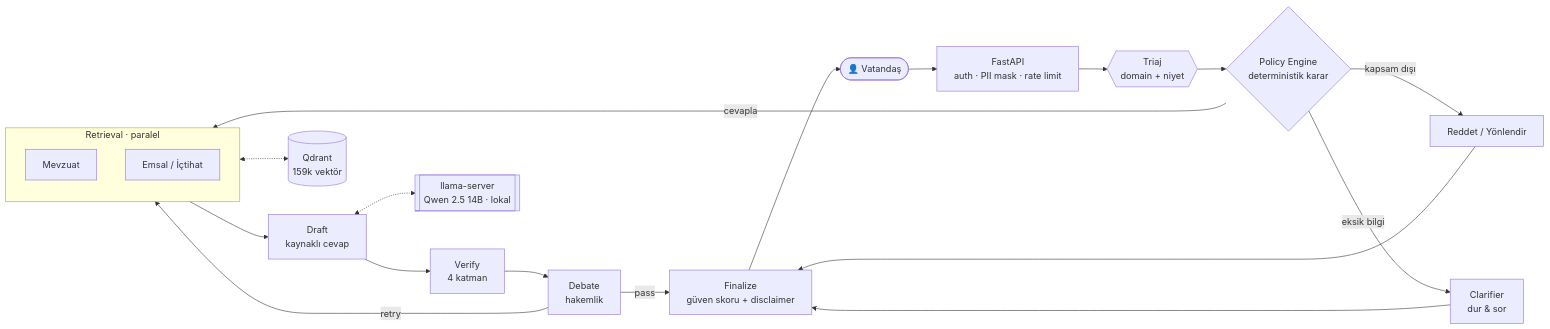
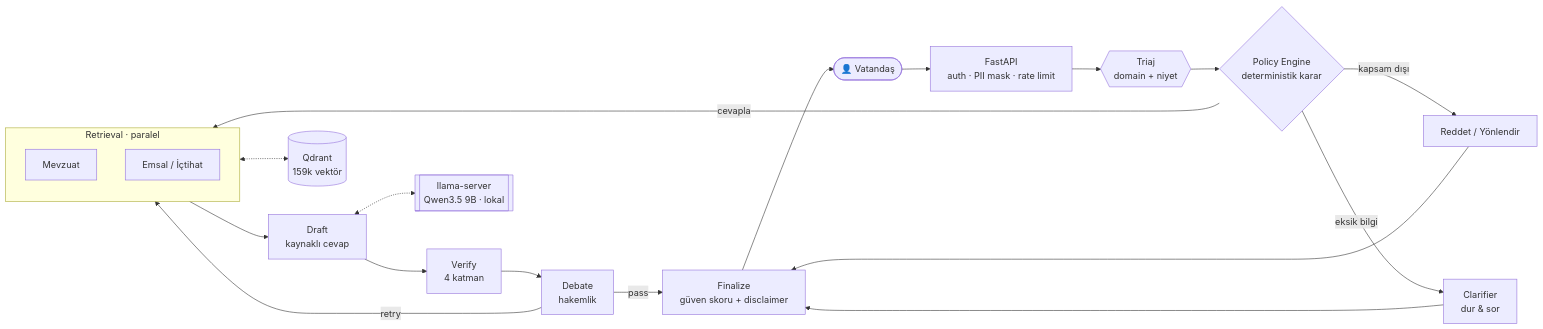
Before and after one commit to cozalss/adalet-agent: the first of 3 diagrams in README.md, drawn with Mermaid. The commit also changed other lines of this file, not shown here.

First line of the commit message:
docs(readme): güncel ölçümler + Qwen3.5-9B + ColBERT/latency kazançları

````diff
--- a/README.md
+++ b/README.md
@@ -76,26 +78,26 @@
 ```mermaid
 flowchart LR
     U([👤 Vatandaş]) --> API[FastAPI<br/>auth · PII mask · rate limit]
     API --> T{{Triaj<br/>domain + niyet}}
     T --> P{Policy Engine<br/>deterministik karar}
     P -->|kapsam dışı| RJ[Reddet / Yönlendir]
     P -->|eksik bilgi| CL[Clarifier<br/>dur & sor]
     P -->|cevapla| R
 
     subgraph R [Retrieval · paralel]
         MV[Mevzuat]
         EM[Emsal / İçtihat]
     end
 
     R --> DR[Draft<br/>kaynaklı cevap]
     DR --> VF[Verify<br/>4 katman]
     VF --> DB[Debate<br/>hakemlik]
     DB -->|retry| R
     DB -->|pass| FN[Finalize<br/>güven skoru + disclaimer]
     RJ --> FN
     CL --> FN
     FN --> U
 
     R <-.-> QD[(Qdrant<br/>159k vektör)]
-    DR <-.-> LLM[[llama-server<br/>Qwen 2.5 14B · lokal]]
+    DR <-.-> LLM[[llama-server<br/>Qwen3.5 9B · lokal]]
 ```
````
